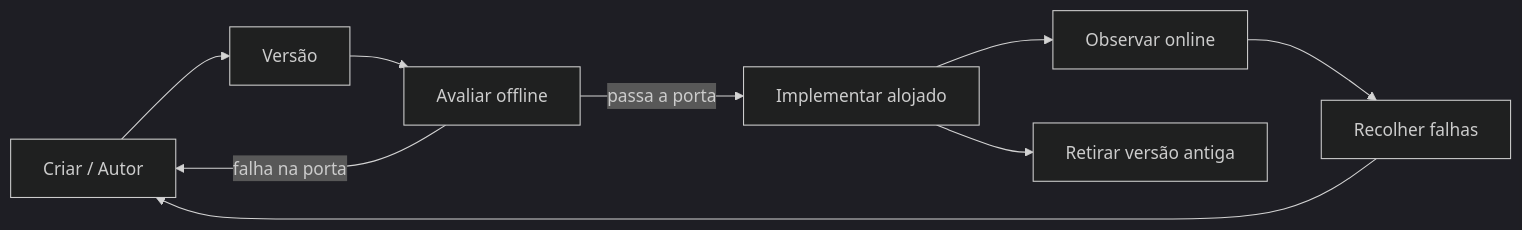
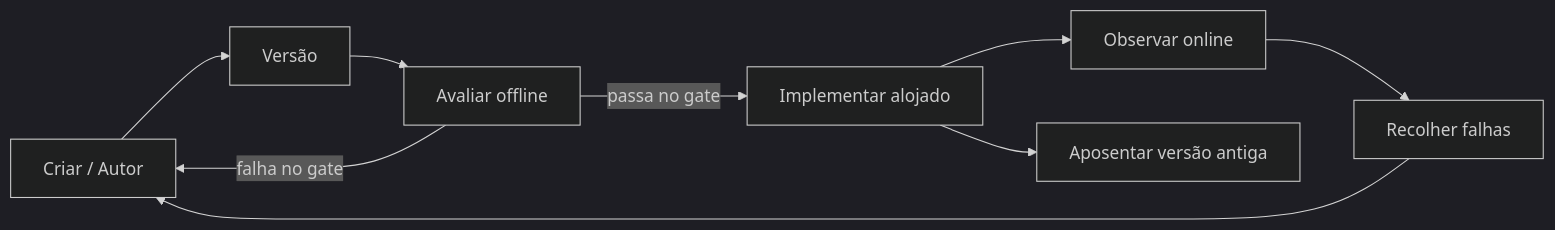
One commit to gabrielmoreira/agent-skills-mirror changed the second of 4 diagrams in mirrors/repos/microsoft@ai-agents-for-beginners/translations/pt-PT/16-deploying-scalable-agents/README.md. Above: the diagram before and after it, drawn with Mermaid (dark theme). The commit also changed other lines of this file and 4262 other files, not shown here.

````diff
--- a/mirrors/repos/microsoft@ai-agents-for-beginners/translations/pt-PT/16-deploying-scalable-agents/README.md
+++ b/mirrors/repos/microsoft@ai-agents-for-beginners/translations/pt-PT/16-deploying-scalable-agents/README.md
@@ -108,11 +108,11 @@
 ```mermaid
 flowchart LR
     Create[Criar / Autor] --> Version[Versão]
     Version --> Evaluate[Avaliar offline]
-    Evaluate -->|passa a porta| Deploy[Implementar alojado]
-    Evaluate -->|falha na porta| Create
+    Evaluate -->|passa no gate| Deploy[Implementar alojado]
+    Evaluate -->|falha no gate| Create
     Deploy --> Observe[Observar online]
     Observe --> Improve[Recolher falhas]
     Improve --> Create
-    Deploy --> Retire[Retirar versão antiga]
+    Deploy --> Retire[Aposentar versão antiga]
 ```
````
